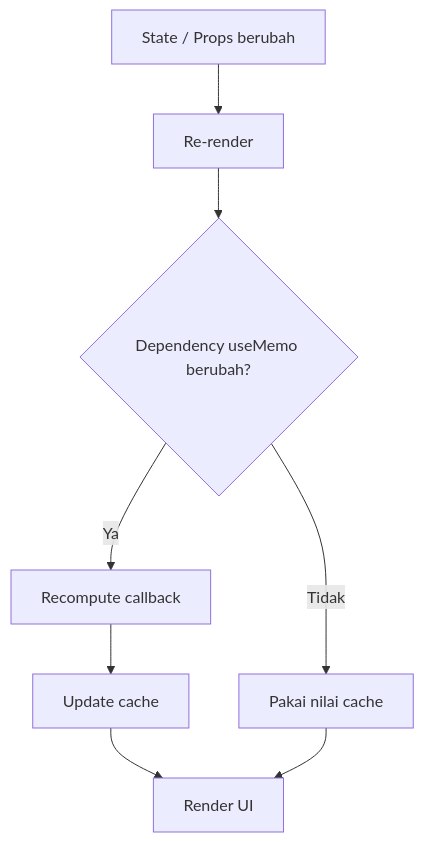
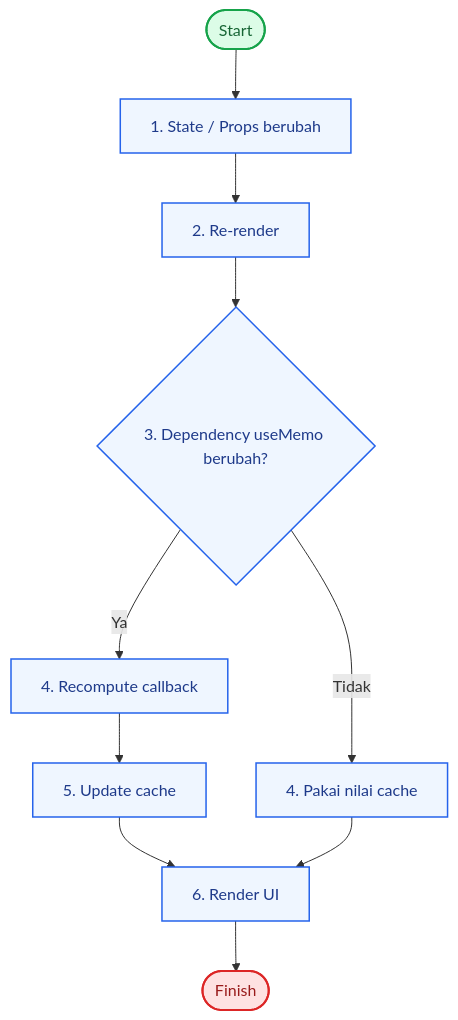
The third of 4 diagrams in doc/function-usememo-guide.md (seftronics/react-basic), drawn with Mermaid before and after one commit. The commit also changed other lines of this file and 8 other files, not shown here.

````diff
--- a/doc/function-usememo-guide.md
+++ b/doc/function-usememo-guide.md
@@ -43,10 +57,17 @@
 ```mermaid
 flowchart TD
-    A[State / Props berubah] --> B[Re-render]
-    B --> C{Dependency useMemo berubah?}
-    C -- Ya --> D[Recompute callback]
-    D --> E[Update cache]
-    C -- Tidak --> F[Pakai nilai cache]
-    E --> G[Render UI]
+    S([Start]) --> A[1. State / Props berubah]
+    A --> B[2. Re-render]
+    B --> C{3. Dependency useMemo berubah?}
+    C -- Ya --> D[4. Recompute callback]
+    D --> E[5. Update cache]
+    C -- Tidak --> F[4. Pakai nilai cache]
+    E --> G[6. Render UI]
     F --> G
+    G --> Z([Finish])
+    classDef default fill:#eff6ff,stroke:#2563eb,stroke-width:1.5px,color:#1e3a8a;
+    classDef start fill:#dcfce7,stroke:#16a34a,stroke-width:2px,color:#166534;
+    classDef finish fill:#fee2e2,stroke:#dc2626,stroke-width:2px,color:#991b1b;
+    class S start;
+    class Z finish;
 ```
````
